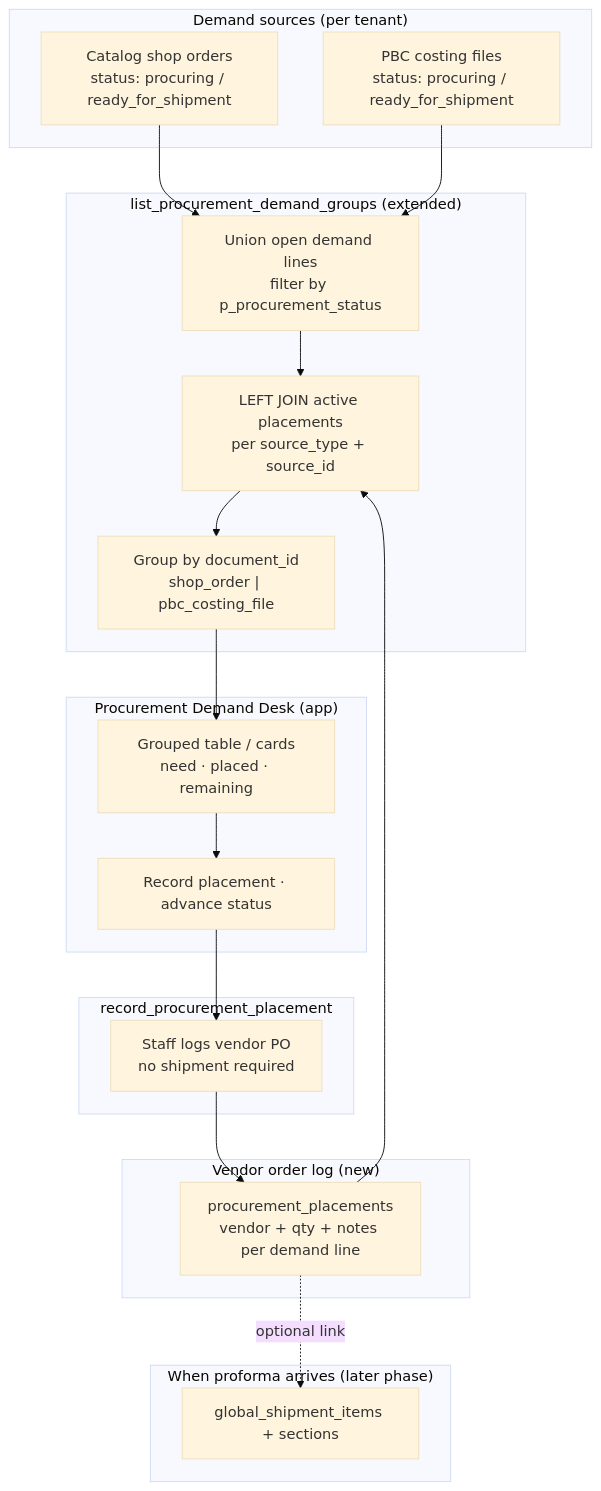
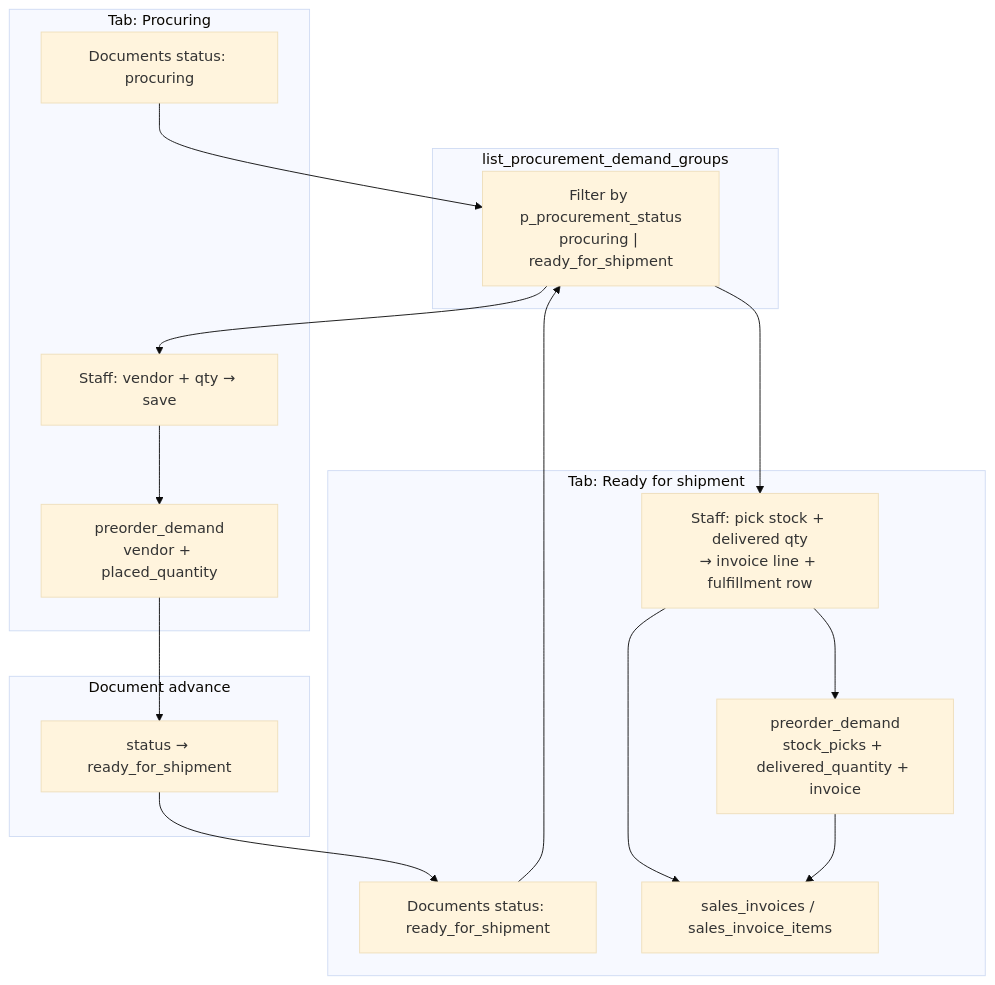
One commit to david-git-2/brandwala-wholesale-quasar-v2 changed the diagram in doc/shop_order/PROCUREMENT_DEMAND_LIST.md. Above: the diagram before and after it, drawn with Mermaid (base theme). The commit also changed other lines of this file and 17 other files, not shown here.

````diff
--- a/doc/shop_order/PROCUREMENT_DEMAND_LIST.md
+++ b/doc/shop_order/PROCUREMENT_DEMAND_LIST.md
@@ -23,41 +34,34 @@
 ```mermaid
 flowchart TD
-  subgraph Sources ["Demand sources (per tenant)"]
-    SO["Catalog shop orders<br/>status: procuring / ready_for_shipment"]
-    PBC["PBC costing files<br/>status: procuring / ready_for_shipment"]
+  subgraph Tab1 ["Tab: Procuring"]
+    SO1["Documents status: procuring"]
+    PP["preorder_demand<br/>vendor + placed_quantity"]
+    ACT1["Staff: vendor + qty → save"]
   end
 
-  subgraph Placements ["Vendor order log (new)"]
-    PP["procurement_placements<br/>vendor + qty + notes per demand line"]
+  subgraph Advance ["Document advance"]
+    RFS["status → ready_for_shipment"]
   end
 
-  subgraph RPC ["list_procurement_demand_groups (extended)"]
-    UNION["Union open demand lines<br/>filter by p_procurement_status"]
-    JOIN["LEFT JOIN active placements<br/>per source_type + source_id"]
-    GROUP["Group by document_id<br/>shop_order | pbc_costing_file"]
+  subgraph Tab2 ["Tab: Ready for shipment"]
+    SO2["Documents status: ready_for_shipment"]
+    PF["preorder_demand<br/>stock_picks + delivered_quantity + invoice"]
+    INV["sales_invoices / sales_invoice_items"]
+    ACT2["Staff: pick stock + delivered qty<br/>→ invoice line + fulfillment row"]
   end
 
-  subgraph Write ["record_procurement_placement"]
-    SAVE["Staff logs vendor PO<br/>no shipment required"]
+  subgraph RPC ["list_procurement_demand_groups"]
+    LIST["Filter by p_procurement_status<br/>procuring | ready_for_shipment"]
   end
 
-  subgraph Later ["When proforma arrives (later phase)"]
-    SHIP["global_shipment_items + sections"]
-  end
-
-  subgraph UI ["Procurement Demand Desk (app)"]
-    LIST["Grouped table / cards<br/>need · placed · remaining"]
-    ACT["Record placement · advance status"]
-  end
-
-  SO --> UNION
-  PBC --> UNION
-  PP --> JOIN
-  UNION --> JOIN
-  JOIN --> GROUP
-  GROUP --> LIST
-  LIST --> ACT
-  ACT --> SAVE
-  SAVE --> PP
-  PP -.->|optional link| SHIP
+  SO1 --> LIST
+  SO2 --> LIST
+  LIST --> ACT1
+  LIST --> ACT2
+  ACT1 --> PP
+  PP --> RFS
+  RFS --> SO2
+  ACT2 --> PF
+  ACT2 --> INV
+  PF --> INV
 ```
````
